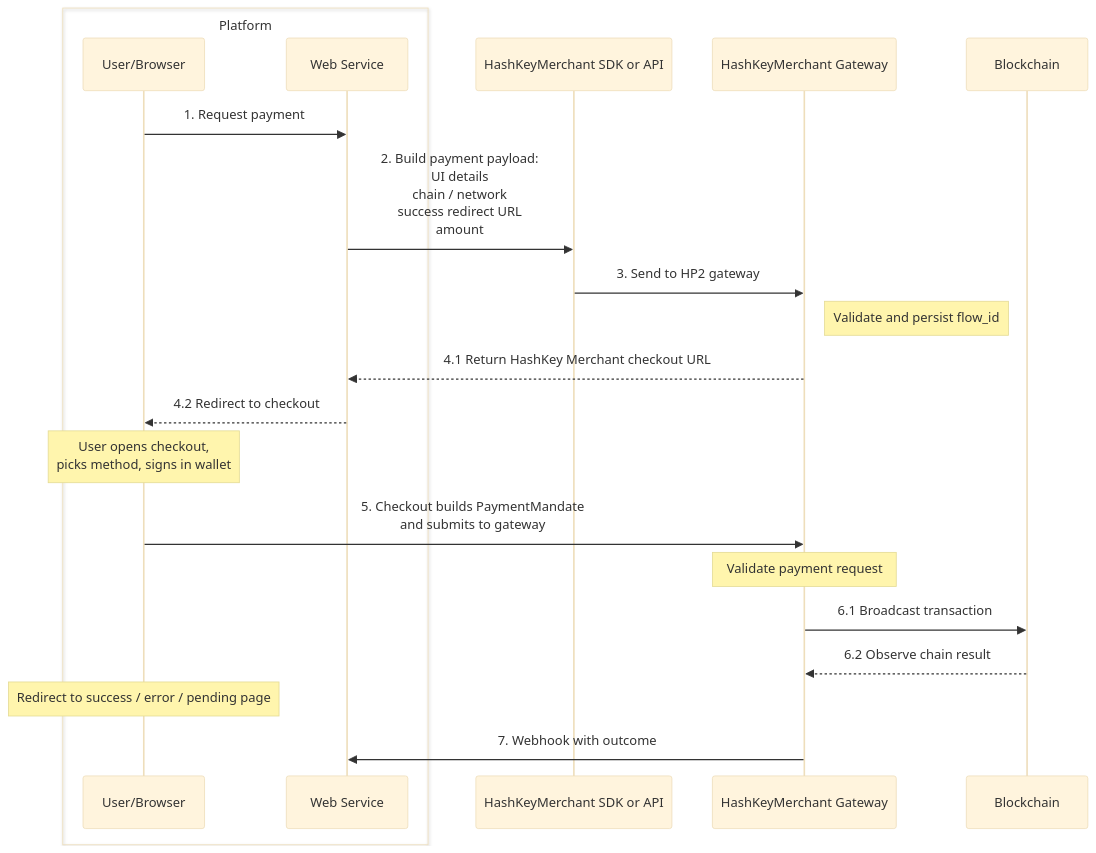
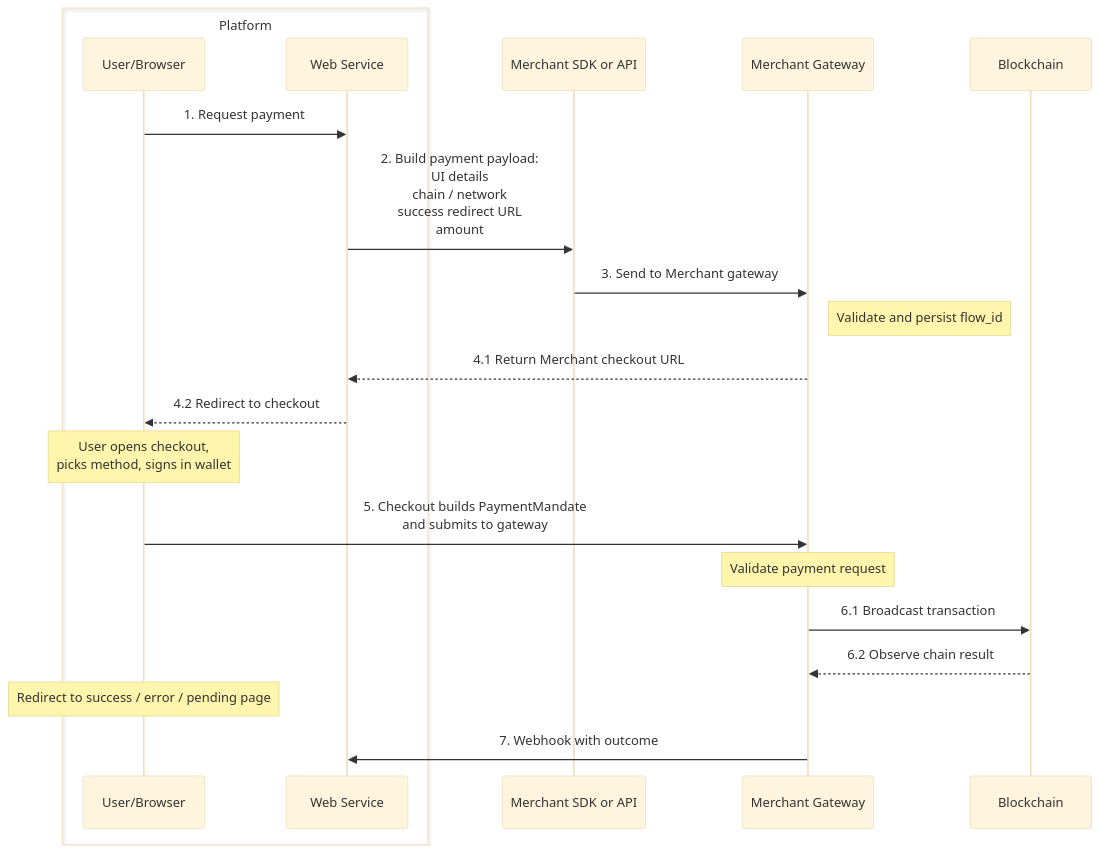
One commit to hashkey-merchant/hashkey-merchant.github.io changed the second of 2 diagrams in docs/en/README.md. Above: the diagram before and after it, drawn with Mermaid (base theme). The commit also changed other lines of this file and 13 other files, not shown here.

````diff
--- a/docs/en/README.md
+++ b/docs/en/README.md
@@ -69,34 +69,34 @@
 ```mermaid
 sequenceDiagram
     box Platform
         participant User as User/Browser
         participant Web as Web Service
     end
-    participant SDK as HashKeyMerchant SDK or API
-    participant GW as HashKeyMerchant Gateway
+    participant SDK as Merchant SDK or API
+    participant GW as Merchant Gateway
     participant BC as Blockchain
 
     User ->> Web: 1. Request payment
 
     Web ->> SDK: 2. Build payment payload:<br/> UI details<br/> chain / network<br/> success redirect URL<br/> amount
 
-    SDK ->> GW: 3. Send to HP2 gateway
+    SDK ->> GW: 3. Send to Merchant gateway
     Note right of GW: Validate and persist flow_id
 
-    GW -->> Web: 4.1 Return HashKey Merchant checkout URL
+    GW -->> Web: 4.1 Return Merchant checkout URL
     Web -->> User: 4.2 Redirect to checkout
 
     Note over User: User opens checkout,<br/> picks method, signs in wallet
 
     User ->> GW: 5. Checkout builds PaymentMandate<br/>and submits to gateway
     Note over GW: Validate payment request
 
     GW ->> BC: 6.1 Broadcast transaction
     BC -->> GW: 6.2 Observe chain result
 
     Note Over User: Redirect to success / error / pending page
 
     GW ->> Web: 7. Webhook with outcome
 
-   
+
 ```
````
